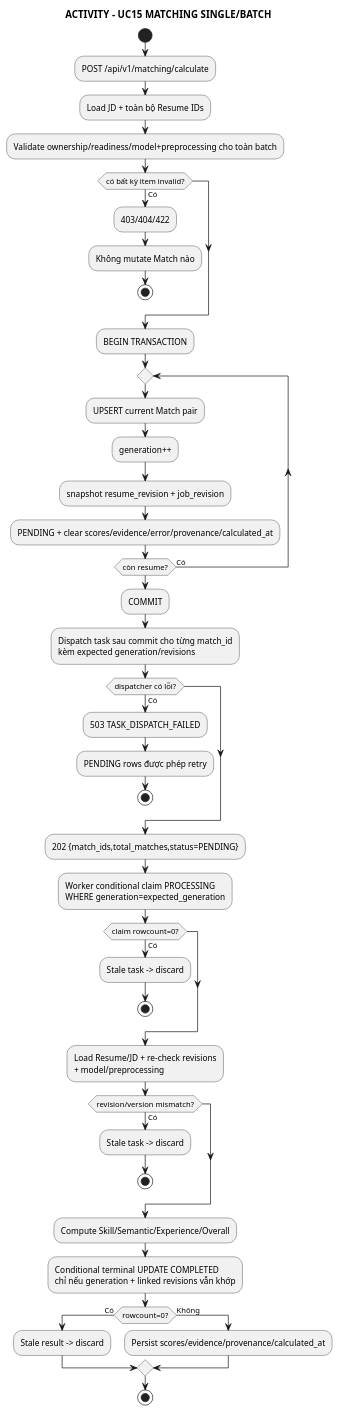
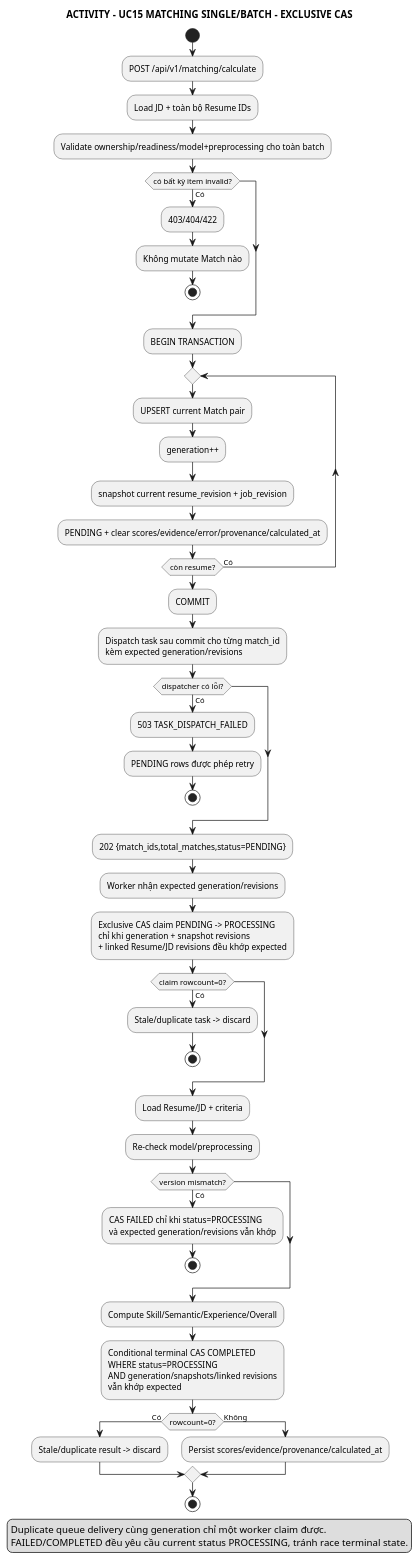
One commit to anh632k-ui/WebCVUngVienTuyenDung changed the diagram in docs/03_activity/act_uc15_matching.puml. Above: the diagram before and after it, drawn with PlantUML.

Commit message:
docs(activity): enforce exclusive CAS for matching workers

```diff
--- a/docs/03_activity/act_uc15_matching.puml
+++ b/docs/03_activity/act_uc15_matching.puml
@@ -1,53 +1,63 @@
 @startuml
 skinparam monochrome true
 skinparam shadowing false
-title ACTIVITY - UC15 MATCHING SINGLE/BATCH
+title ACTIVITY - UC15 MATCHING SINGLE/BATCH - EXCLUSIVE CAS
 
 start
 :POST /api/v1/matching/calculate;
 :Load JD + toàn bộ Resume IDs;
 :Validate ownership/readiness/model+preprocessing cho toàn batch;
 if (có bất kỳ item invalid?) then (Có)
   :403/404/422;
   :Không mutate Match nào;
   stop
 endif
 :BEGIN TRANSACTION;
 repeat
   :UPSERT current Match pair;
   :generation++;
-  :snapshot resume_revision + job_revision;
+  :snapshot current resume_revision + job_revision;
   :PENDING + clear scores/evidence/error/provenance/calculated_at;
 repeat while (còn resume?) is (Có)
 :COMMIT;
 :Dispatch task sau commit cho từng match_id
 kèm expected generation/revisions;
 if (dispatcher có lỗi?) then (Có)
   :503 TASK_DISPATCH_FAILED;
   :PENDING rows được phép retry;
   stop
 endif
 :202 {match_ids,total_matches,status=PENDING};
 
-:Worker conditional claim PROCESSING
-WHERE generation=expected_generation;
+:Worker nhận expected generation/revisions;
+:Exclusive CAS claim PENDING -> PROCESSING
+chỉ khi generation + snapshot revisions
++ linked Resume/JD revisions đều khớp expected;
 if (claim rowcount=0?) then (Có)
-  :Stale task -> discard;
+  :Stale/duplicate task -> discard;
   stop
 endif
-:Load Resume/JD + re-check revisions
-+ model/preprocessing;
-if (revision/version mismatch?) then (Có)
-  :Stale task -> discard;
+:Load Resume/JD + criteria;
+:Re-check model/preprocessing;
+if (version mismatch?) then (Có)
+  :CAS FAILED chỉ khi status=PROCESSING
+và expected generation/revisions vẫn khớp;
   stop
 endif
 :Compute Skill/Semantic/Experience/Overall;
-:Conditional terminal UPDATE COMPLETED
-chỉ nếu generation + linked revisions vẫn khớp;
+:Conditional terminal CAS COMPLETED
+WHERE status=PROCESSING
+AND generation/snapshots/linked revisions
+vẫn khớp expected;
 if (rowcount=0?) then (Có)
-  :Stale result -> discard;
+  :Stale/duplicate result -> discard;
 else (Không)
   :Persist scores/evidence/provenance/calculated_at;
 endif
 stop
+
+legend bottom
+Duplicate queue delivery cùng generation chỉ một worker claim được.
+FAILED/COMPLETED đều yêu cầu current status PROCESSING, tránh race terminal state.
+endlegend
 @enduml
```
